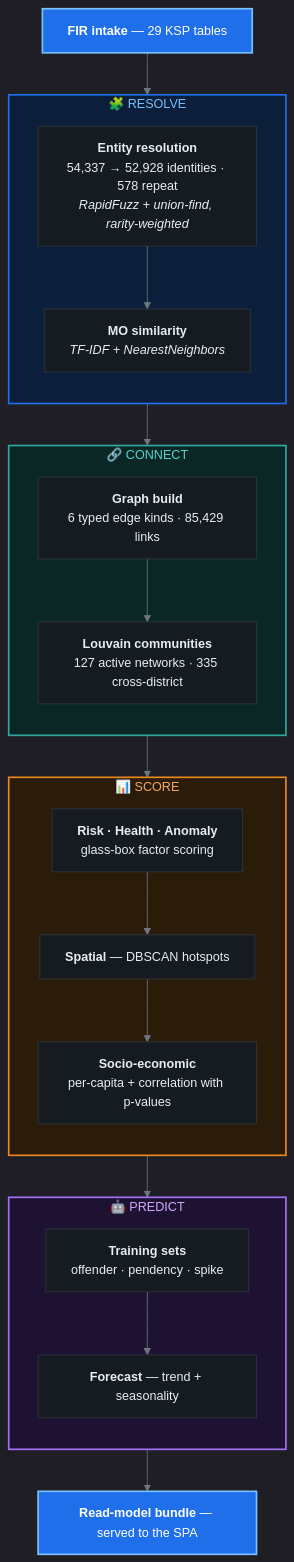
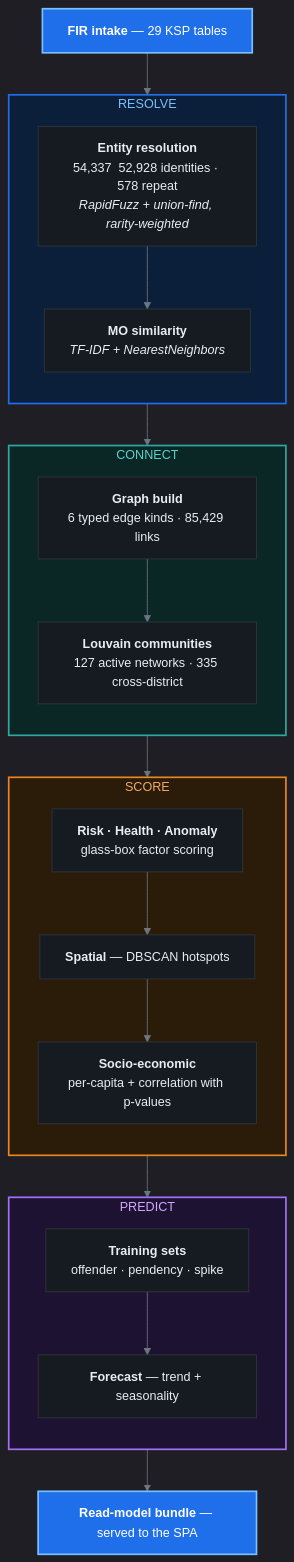
One commit to adarshcod30/Kadi changed the fifth of 6 diagrams in README.md. Above: the diagram before and after it, drawn with Mermaid. The commit also changed other lines of this file, not shown here.

First line of the commit message:
Drop the emoji from the diagrams

````diff
--- a/README.md
+++ b/README.md
@@ -582,47 +582,47 @@
 ```mermaid
 %%{init: {'theme':'dark','themeVariables':{'fontSize':'15px','lineColor':'#6e7681','primaryTextColor':'#e6edf3'}}}%%
 flowchart TD
     A["<b>FIR intake</b> — 29 KSP tables"]
-    subgraph RES["🧩  RESOLVE"]
+    subgraph RES["RESOLVE"]
         direction TB
-        B["<b>Entity resolution</b><br/>54,337 → 52,928 identities · 578 repeat<br/><i>RapidFuzz + union-find, rarity-weighted</i>"]
+        B["<b>Entity resolution</b><br/>54,337  52,928 identities · 578 repeat<br/><i>RapidFuzz + union-find, rarity-weighted</i>"]
         C["<b>MO similarity</b><br/><i>TF-IDF + NearestNeighbors</i>"]
         B --> C
     end
-    subgraph GR["🔗  CONNECT"]
+    subgraph GR["CONNECT"]
         direction TB
         E1["<b>Graph build</b><br/>6 typed edge kinds · 85,429 links"]
         E2["<b>Louvain communities</b><br/>127 active networks · 335 cross-district"]
         E1 --> E2
     end
-    subgraph SC["📊  SCORE"]
+    subgraph SC["SCORE"]
         direction TB
         F["<b>Risk · Health · Anomaly</b><br/>glass-box factor scoring"]
         G["<b>Spatial</b> — DBSCAN hotspots"]
         H["<b>Socio-economic</b><br/>per-capita + correlation with p-values"]
         F --> G --> H
     end
-    subgraph ML["🤖  PREDICT"]
+    subgraph ML["PREDICT"]
         direction TB
         I["<b>Training sets</b><br/>offender · pendency · spike"]
         J["<b>Forecast</b> — trend + seasonality"]
         I --> J
     end
     K["<b>Read-model bundle</b> — served to the SPA"]
 
     A --> B
     C --> E1
     E2 --> F
     H --> I
     J --> K
 
     classDef box fill:#161b22,stroke:#30363d,stroke-width:1px,color:#e6edf3
     classDef key fill:#1f6feb,stroke:#79c0ff,stroke-width:2px,color:#ffffff
     class B,C,E1,E2,F,G,H,I,J box
     class A,K key
 
     style RES fill:#0b1f3a,stroke:#1f6feb,stroke-width:2px,color:#79c0ff
     style GR  fill:#0a2725,stroke:#2FA8A0,stroke-width:2px,color:#56d4cc
     style SC  fill:#2b1b09,stroke:#E8871E,stroke-width:2px,color:#f0a868
     style ML  fill:#1e1233,stroke:#a371f7,stroke-width:2px,color:#d2a8ff
 ```
````
